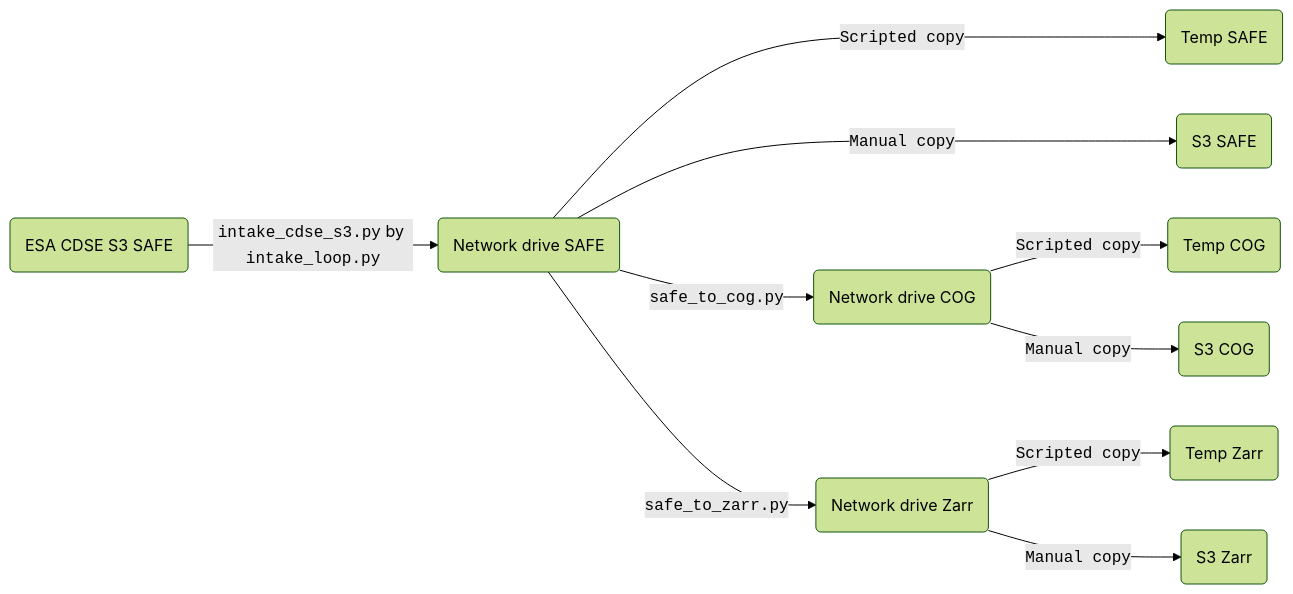
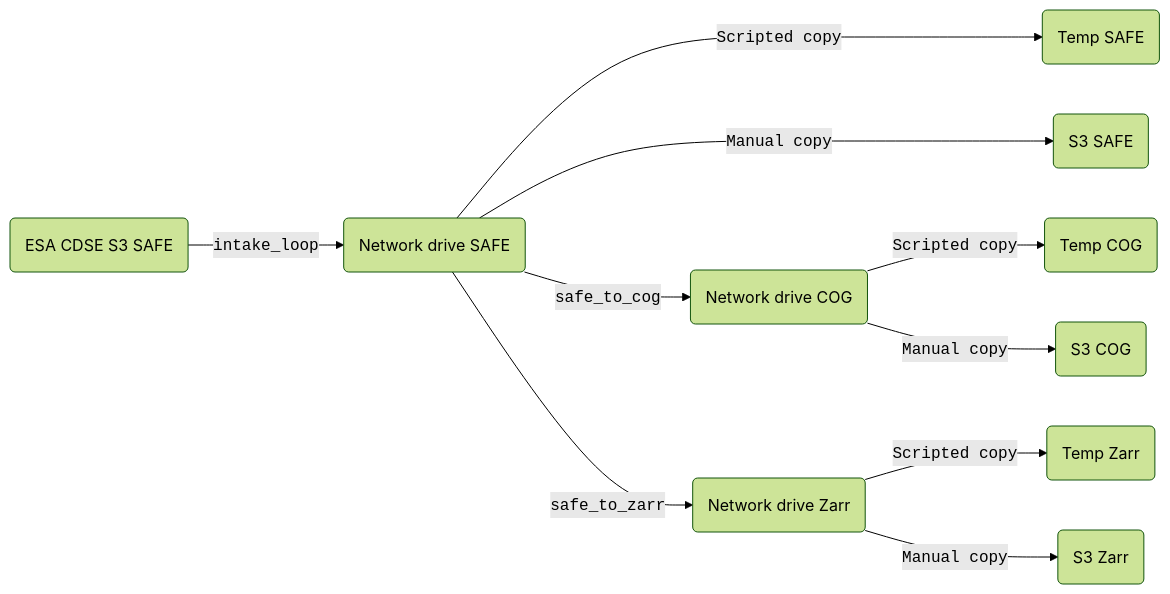
The second of 2 diagrams in README.md (hamk-uas/datacube-storage-lab), drawn with Mermaid (forest theme) before and after one commit.

````diff
--- a/README.md
+++ b/README.md
@@ -108,12 +108,12 @@
 ```mermaid
 graph LR;
-    A(ESA CDSE S3 SAFE)--<code>intake_cdse_s3.py</code> by <code>intake_loop.py</code>-->B(Network drive SAFE);
+    A(ESA CDSE S3 SAFE)--<code>intake_loop</code>-->B(Network drive SAFE);
     B--<code>Scripted copy</code>--->J(Temp SAFE);
     B--<code>Manual copy</code>--->I(S3 SAFE);    
-    B--<code>safe_to_cog.py</code>-->C(Network drive COG);
-    B--<code>safe_to_zarr.py</code>-->D(Network drive Zarr);
+    B--<code>safe_to_cog</code>-->C(Network drive COG);
+    B--<code>safe_to_zarr</code>-->D(Network drive Zarr);
     C--<code>Scripted copy</code>-->E(Temp COG);
     D--<code>Scripted copy</code>-->F(Temp Zarr);
     C--<code>Manual copy</code>-->G(S3 COG);
     D--<code>Manual copy</code>-->H(S3 Zarr);
 ```
````
